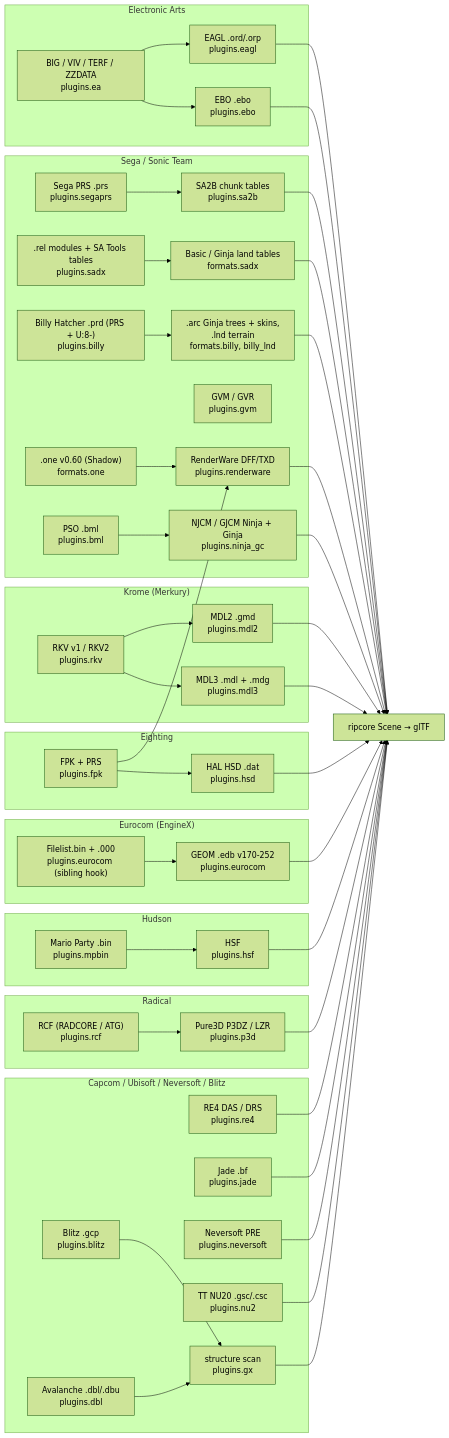
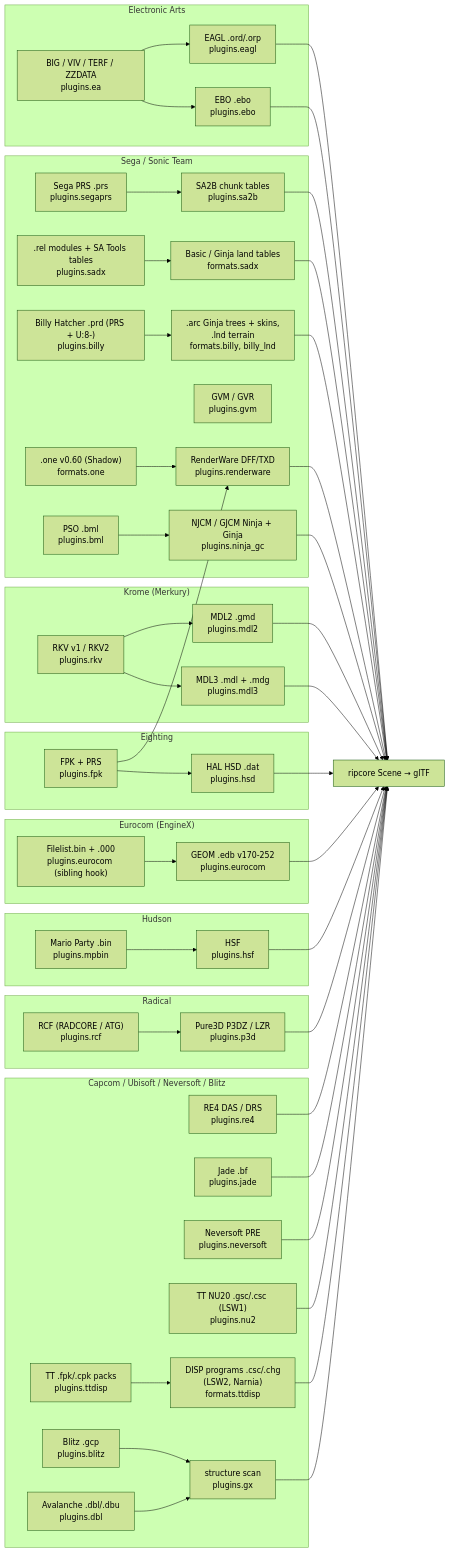
One commit to Felbs/3d-ripper-9000 changed the eighth of 9 diagrams in docs/PIPELINE.md. Above: the diagram before and after it, drawn with Mermaid (forest theme). The commit also changed other lines of this file and 2 other files, not shown here.

First line of the commit message:
docs: Traveller's Tales DISP programs (LSW2 / Narnia) in the formats ledger, engine map and TT note

````diff
--- a/docs/PIPELINE.md
+++ b/docs/PIPELINE.md
@@ -173,41 +173,42 @@
 ```mermaid
 flowchart LR
     subgraph EA["Electronic Arts"]
         BIG["BIG / VIV / TERF / ZZDATA<br/>plugins.ea"] --> EAGL["EAGL .ord/.orp<br/>plugins.eagl"]
         BIG --> EBO["EBO .ebo<br/>plugins.ebo"]
     end
     subgraph SEGA["Sega / Sonic Team"]
         PRS["Sega PRS .prs<br/>plugins.segaprs"] --> SA2B["SA2B chunk tables<br/>plugins.sa2b"]
         ONE[".one v0.60 (Shadow)<br/>formats.one"] --> RW["RenderWare DFF/TXD<br/>plugins.renderware"]
         BML["PSO .bml<br/>plugins.bml"] --> NJ["NJCM / GJCM Ninja + Ginja<br/>plugins.ninja_gc"]
         GVM["GVM / GVR<br/>plugins.gvm"]
         REL[".rel modules + SA Tools tables<br/>plugins.sadx"] --> SADX["Basic / Ginja land tables<br/>formats.sadx"]
         PRD["Billy Hatcher .prd (PRS + U:8-)<br/>plugins.billy"] --> BILLY[".arc Ginja trees + skins,<br/>.lnd terrain<br/>formats.billy, billy_lnd"]
     end
     subgraph KROME["Krome (Merkury)"]
         RKV["RKV v1 / RKV2<br/>plugins.rkv"] --> MDL2["MDL2 .gmd<br/>plugins.mdl2"]
         RKV --> MDL3["MDL3 .mdl + .mdg<br/>plugins.mdl3"]
     end
     subgraph EIGHT["Eighting"]
         FPK["FPK + PRS<br/>plugins.fpk"] --> HSD["HAL HSD .dat<br/>plugins.hsd"]
         FPK --> RW
     end
     subgraph EURO["Eurocom (EngineX)"]
         FL["Filelist.bin + .000<br/>plugins.eurocom (sibling hook)"] --> EDB["GEOM .edb v170-252<br/>plugins.eurocom"]
     end
     subgraph HUDSON["Hudson"]
         MPB["Mario Party .bin<br/>plugins.mpbin"] --> HSF["HSF<br/>plugins.hsf"]
     end
     subgraph RADICAL["Radical"]
         RCF["RCF (RADCORE / ATG)<br/>plugins.rcf"] --> P3D["Pure3D P3DZ / LZR<br/>plugins.p3d"]
     end
     subgraph OTHER["Capcom / Ubisoft / Neversoft / Blitz"]
         DAS["RE4 DAS / DRS<br/>plugins.re4"]
         BF["Jade .bf<br/>plugins.jade"]
         PRE["Neversoft PRE<br/>plugins.neversoft"]
         GCP["Blitz .gcp<br/>plugins.blitz"] --> GX["structure scan<br/>plugins.gx"]
-        NU2["TT NU20 .gsc/.csc<br/>plugins.nu2"]
+        NU2["TT NU20 .gsc/.csc (LSW1)<br/>plugins.nu2"]
+        TTPK["TT .fpk/.cpk packs<br/>plugins.ttdisp"] --> DISP["DISP programs .csc/.chg<br/>(LSW2, Narnia)<br/>formats.ttdisp"]
         DBL["Avalanche .dbl/.dbu<br/>plugins.dbl"] --> GX
     end
-    EAGL & EBO & SA2B & SADX & BILLY & RW & NJ & MDL2 & MDL3 & HSD & EDB & HSF & P3D & DAS & BF & PRE & NU2 & GX --> SCENE["ripcore Scene → glTF"]
+    EAGL & EBO & SA2B & SADX & BILLY & RW & NJ & MDL2 & MDL3 & HSD & EDB & HSF & P3D & DAS & BF & PRE & NU2 & DISP & GX --> SCENE["ripcore Scene → glTF"]
 ```
````
